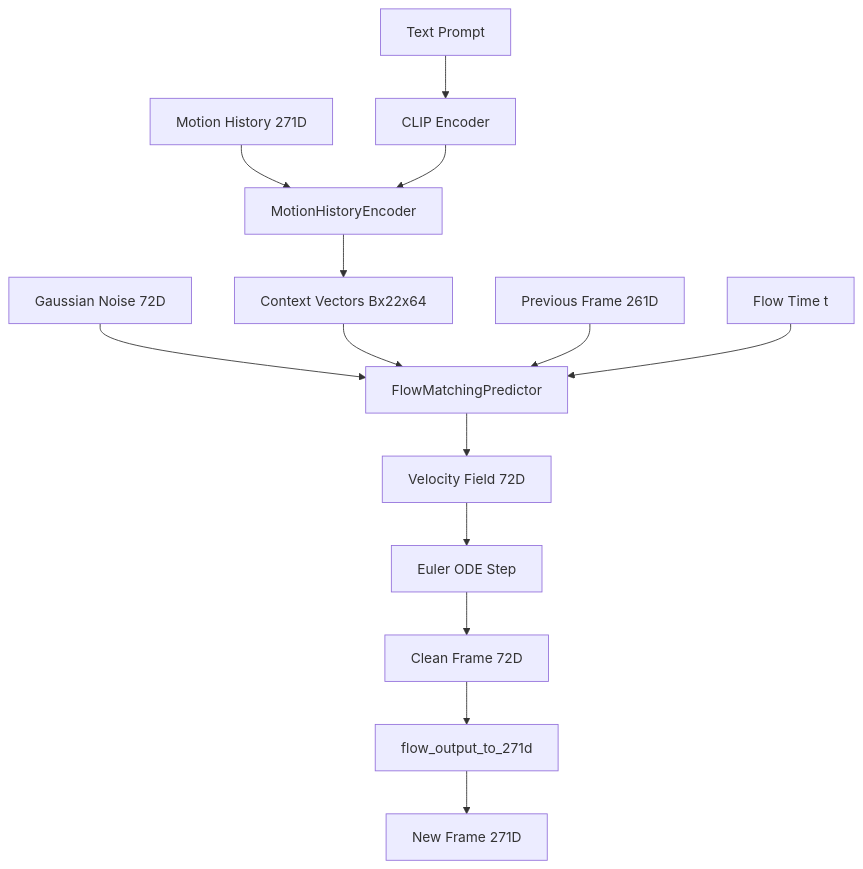
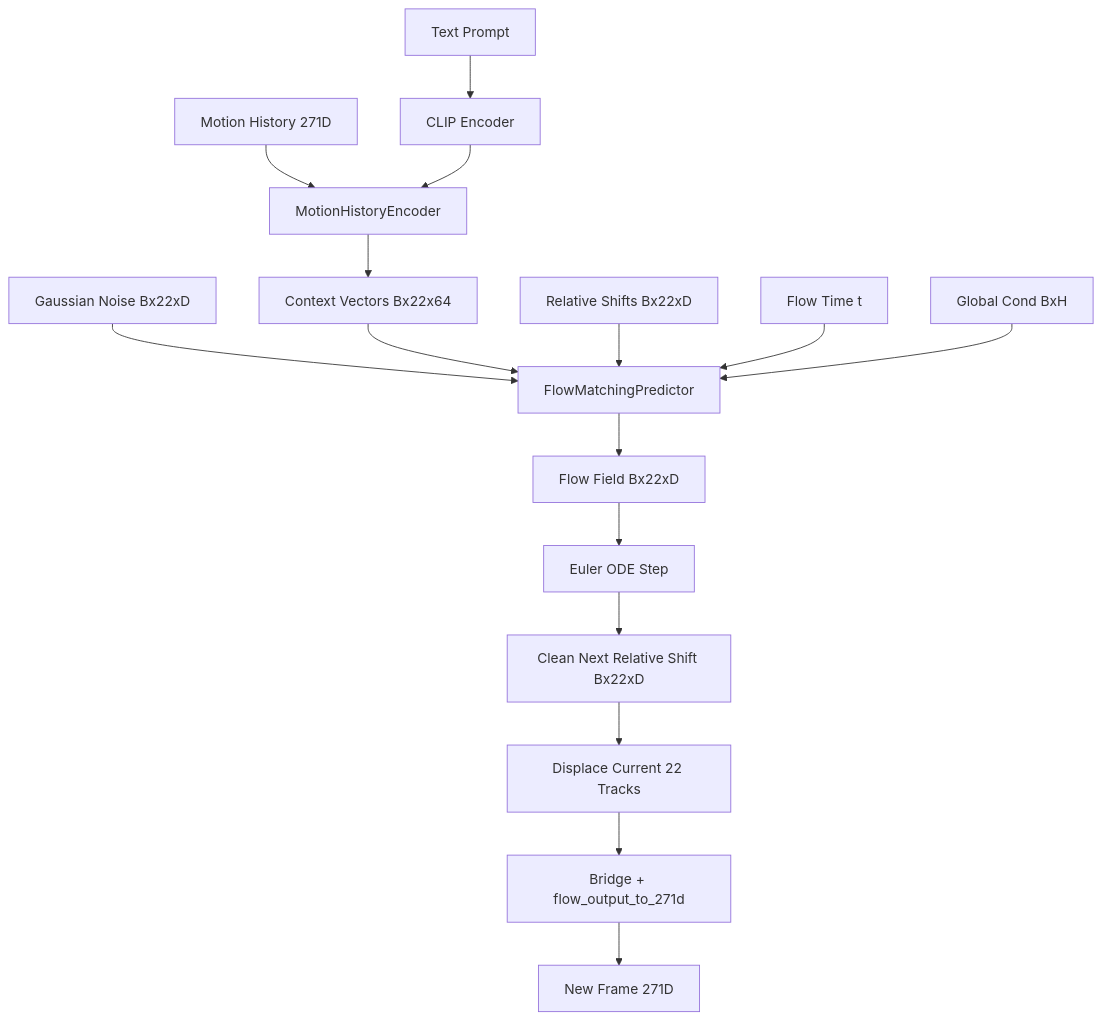
Before and after one commit to Mumu-kun/CSE330-Project-3D-Motion-Generation: the first of 2 diagrams in docs/high_level_design.md, drawn with Mermaid. The commit also changed other lines of this file and 20 other files, not shown here.

Commit message:
transplanting new flowmatchingpredictor

````diff
--- a/docs/high_level_design.md
+++ b/docs/high_level_design.md
@@ -373,18 +334,20 @@
 ```mermaid
 graph TD
     Text[Text Prompt] --> CLIP[CLIP Encoder]
     History[Motion History 271D] --> Encoder[MotionHistoryEncoder]
     CLIP --> Encoder
     Encoder --> Context[Context Vectors Bx22x64]
     
-    Noise[Gaussian Noise 72D] --> Predictor[FlowMatchingPredictor]
+    Noise[Gaussian Noise Bx22xD] --> Predictor[FlowMatchingPredictor]
     Context --> Predictor
-    PrevFrame[Previous Frame 261D] --> Predictor
+    Rel[Relative Shifts Bx22xD] --> Predictor
     Time[Flow Time t] --> Predictor
+    Global[Global Cond BxH] --> Predictor
     
-    Predictor --> Velocity[Velocity Field 72D]
-    Velocity --> Euler[Euler ODE Step]
-    Euler --> CleanFrame[Clean Frame 72D]
-    CleanFrame --> Convert[flow_output_to_271d]
+    Predictor --> Flow[Flow Field Bx22xD]
+    Flow --> Euler[Euler ODE Step]
+    Euler --> CleanShift[Clean Next Relative Shift Bx22xD]
+    CleanShift --> Displace[Displace Current 22 Tracks]
+    Displace --> Convert[Bridge + flow_output_to_271d]
     Convert --> NewFrame[New Frame 271D]
 ```
````
